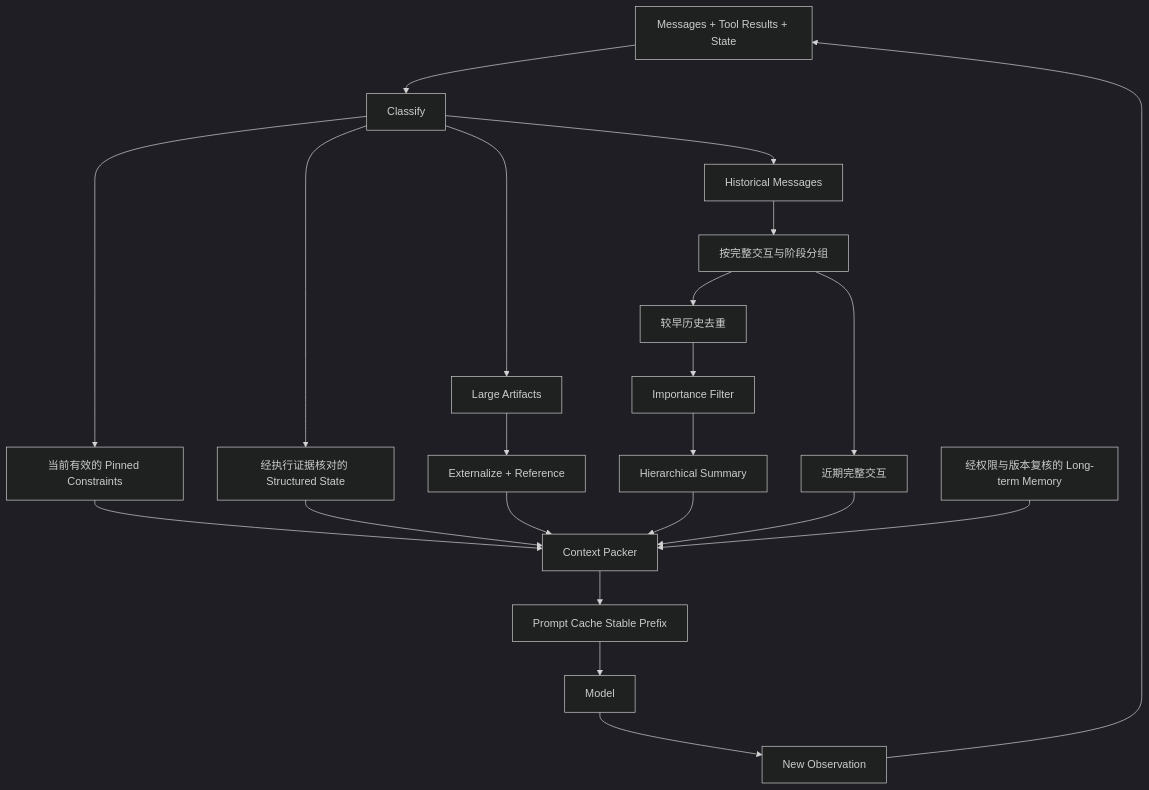
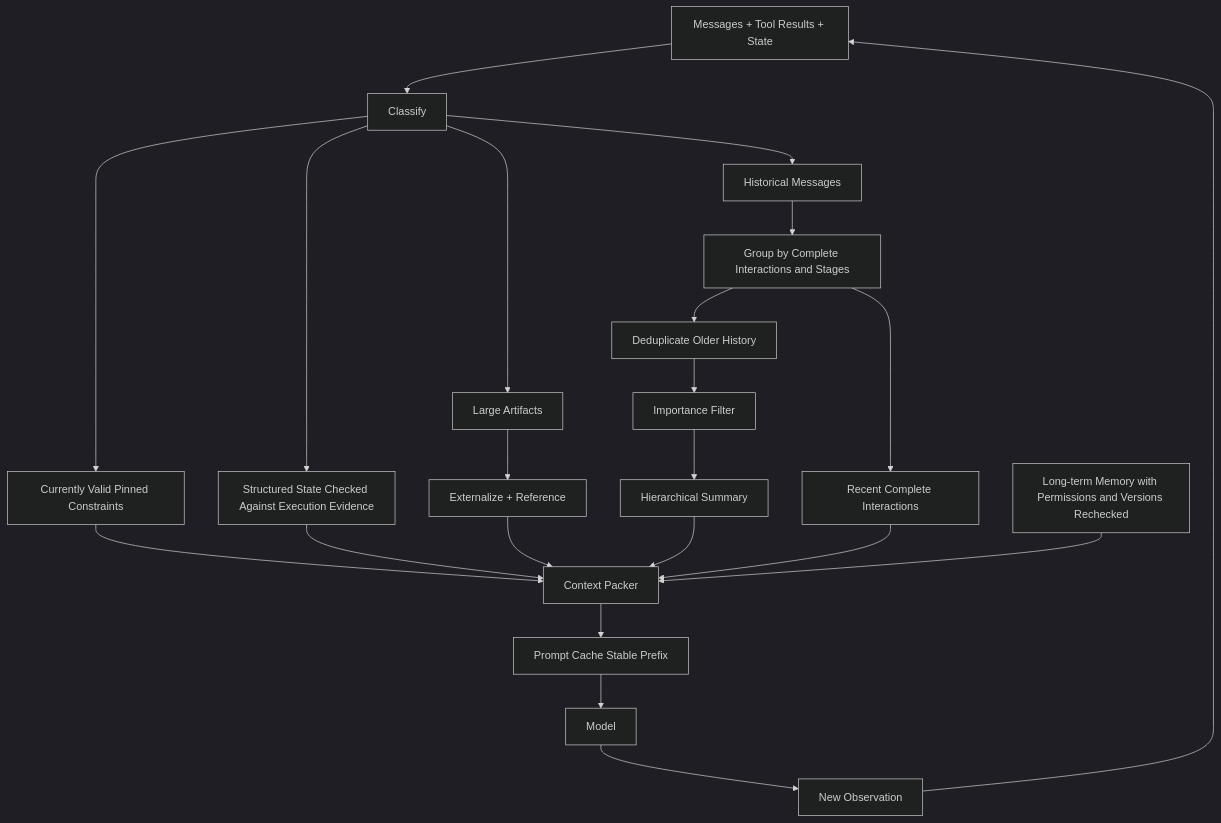
Before and after one commit to oneleaveknowsthefall/awesome-ai-roadmap: diagram 15 of 15 in docs/agent/03-memory-context/10-agent-memory-compression.md, drawn with Mermaid (dark theme). The commit also changed other lines of this file and 68 other files, not shown here.

````diff
--- a/docs/agent/03-memory-context/10-agent-memory-compression.md
+++ b/docs/agent/03-memory-context/10-agent-memory-compression.md
@@ -986,29 +992,29 @@
 ```mermaid
 flowchart TB
     INPUT[Messages + Tool Results + State] --> CLASS[Classify]
 
-    CLASS --> PIN[当前有效的 Pinned Constraints]
-    CLASS --> STATE[经执行证据核对的 Structured State]
+    CLASS --> PIN[Currently Valid Pinned Constraints]
+    CLASS --> STATE[Structured State Checked Against Execution Evidence]
     CLASS --> LARGE[Large Artifacts]
     CLASS --> HISTORY[Historical Messages]
 
     LARGE --> EXT[Externalize + Reference]
-    HISTORY --> SPLIT[按完整交互与阶段分组]
-    SPLIT --> RECENT[近期完整交互]
-    SPLIT --> DEDUP[较早历史去重]
+    HISTORY --> SPLIT[Group by Complete Interactions and Stages]
+    SPLIT --> RECENT[Recent Complete Interactions]
+    SPLIT --> DEDUP[Deduplicate Older History]
     DEDUP --> IMP[Importance Filter]
     IMP --> SUM[Hierarchical Summary]
 
     PIN --> PACK[Context Packer]
     STATE --> PACK
     EXT --> PACK
     SUM --> PACK
     RECENT --> PACK
-    RET[经权限与版本复核的 Long-term Memory] --> PACK
+    RET[Long-term Memory with Permissions and Versions Rechecked] --> PACK
 
     PACK --> CACHE[Prompt Cache Stable Prefix]
     CACHE --> MODEL[Model]
 
     MODEL --> OBS[New Observation]
     OBS --> INPUT
 ```
````
